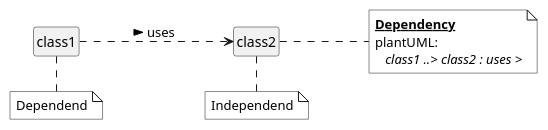
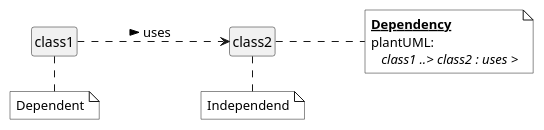
One commit to chraxo/UmlMarkdownCheatSheet changed the tenth of 32 diagrams in uml_markdown_summary.md. Above: the diagram before and after it, drawn with PlantUML. The commit also changed other lines of this file, not shown here.

```diff
--- a/uml_markdown_summary.md
+++ b/uml_markdown_summary.md
@@ -385,30 +508,30 @@
 @startuml
     skinparam noteFontName Consolas
     skinparam legendFontName Consolas
     skinparam noteBackgroundColor white
     skinparam legendBackgroundColor white
     skinparam legendBorderColor white
     'skinparam DiagramBorderColor black
     'skinparam DiagramBorderThickness 2
     skinparam style strictuml
     'skinparam monochrome true
 
     hide empty members
     left to right direction
 
     class1 ..> class2 : uses >
     
     note bottom of class1
-        Dependend
+        Dependent
     end note
 
     note bottom of class2
         Independend
     end note
 
     note right of class2
         **__Dependency__**
         plantUML:
            //class1 ..> class2 : uses >//
     end note
 @enduml
```
